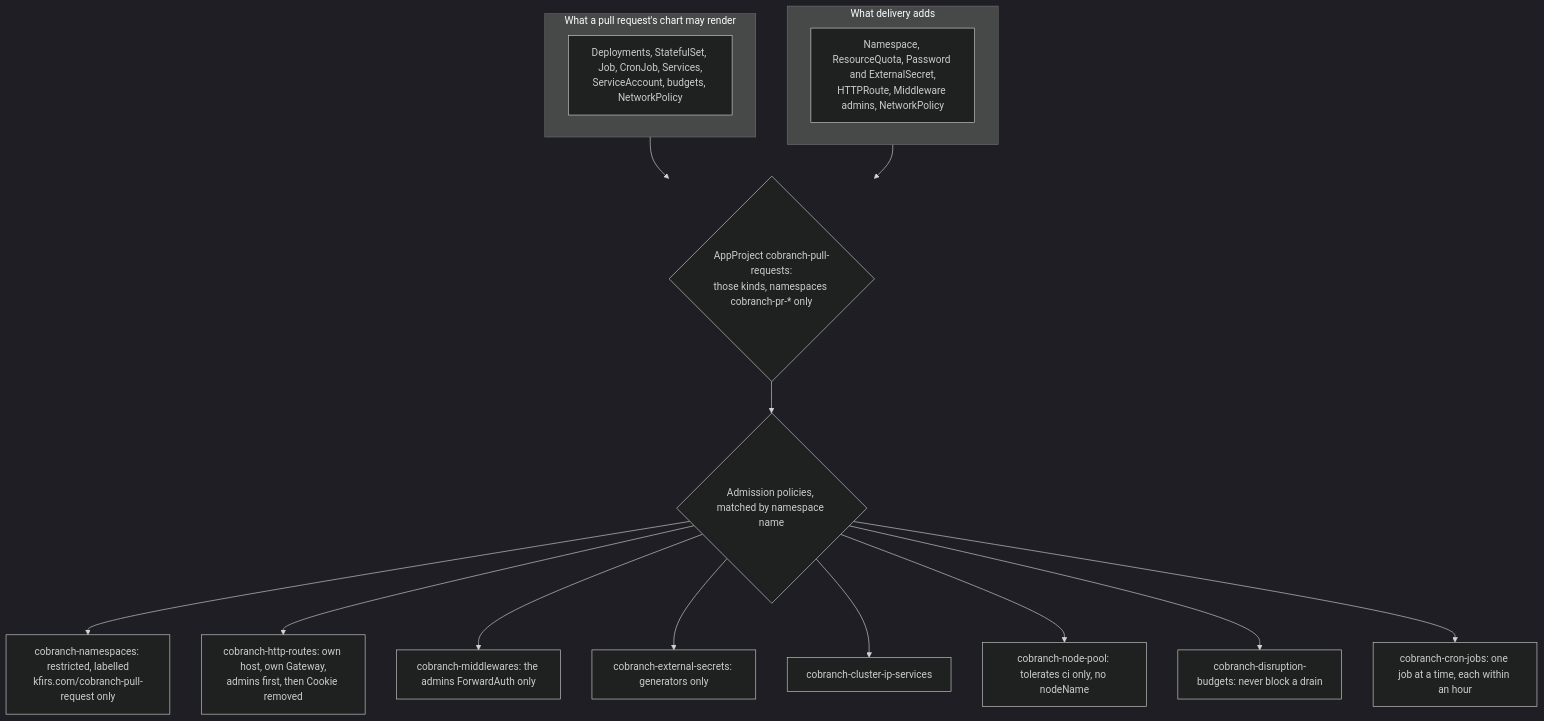
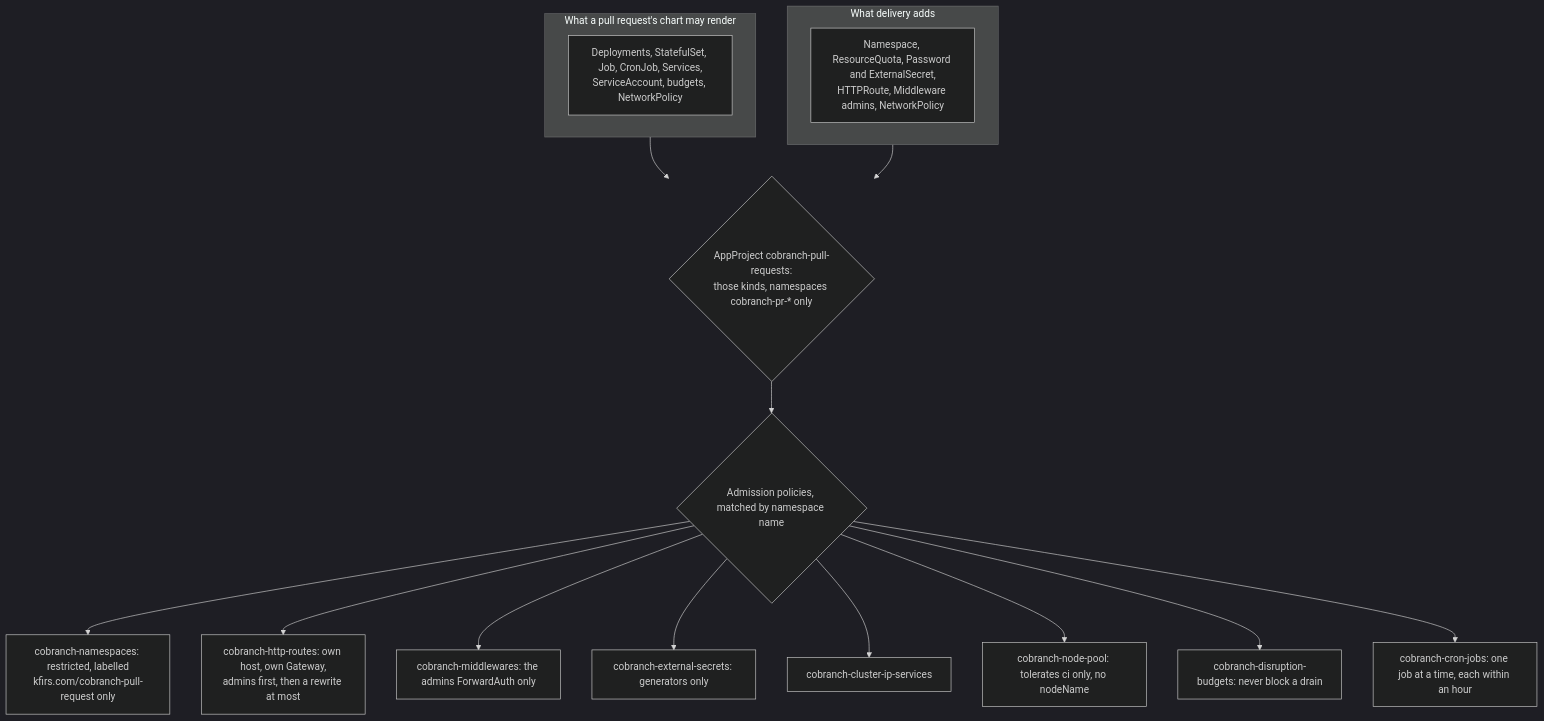
One commit to arikkfir-org/delivery changed the fourth of 4 diagrams in docs/delivery/designs/cobranch-previews.md. Above: the diagram before and after it, drawn with Mermaid (dark theme). The commit also changed other lines of this file and 11 other files, not shown here.

````diff
--- a/docs/delivery/designs/cobranch-previews.md
+++ b/docs/delivery/designs/cobranch-previews.md
@@ -74,20 +74,20 @@
 ```mermaid
 flowchart TB
   subgraph code["What a pull request's chart may render"]
     K1["Deployments, StatefulSet, Job, CronJob, Services,<br/>ServiceAccount, budgets, NetworkPolicy"]
   end
   subgraph hub["What delivery adds"]
     K2["Namespace, ResourceQuota, Password and ExternalSecret,<br/>HTTPRoute, Middleware admins, NetworkPolicy"]
   end
   code --> Proj{"AppProject cobranch-pull-requests:<br/>those kinds, namespaces cobranch-pr-* only"}
   hub --> Proj
   Proj --> Pol{"Admission policies, matched by namespace name"}
   Pol --> P1["cobranch-namespaces: restricted, labelled<br/>kfirs.com/cobranch-pull-request only"]
-  Pol --> P2["cobranch-http-routes: own host, own Gateway,<br/>admins first, then Cookie removed"]
+  Pol --> P2["cobranch-http-routes: own host, own Gateway,<br/>admins first, then a rewrite at most"]
   Pol --> P3["cobranch-middlewares: the admins ForwardAuth only"]
   Pol --> P4["cobranch-external-secrets: generators only"]
   Pol --> P5["cobranch-cluster-ip-services"]
   Pol --> P6["cobranch-node-pool: tolerates ci only, no nodeName"]
   Pol --> P7["cobranch-disruption-budgets: never block a drain"]
   Pol --> P8["cobranch-cron-jobs: one job at a time, each within an hour"]
 ```
````
